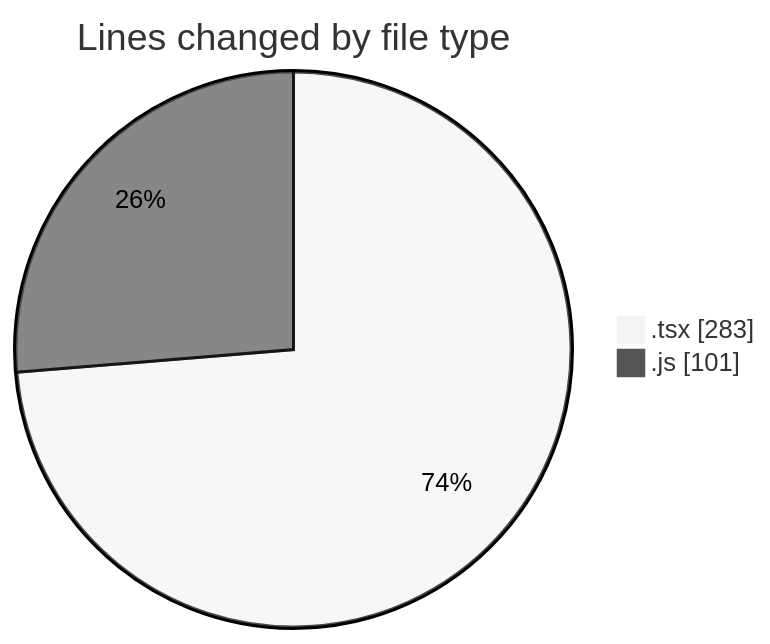
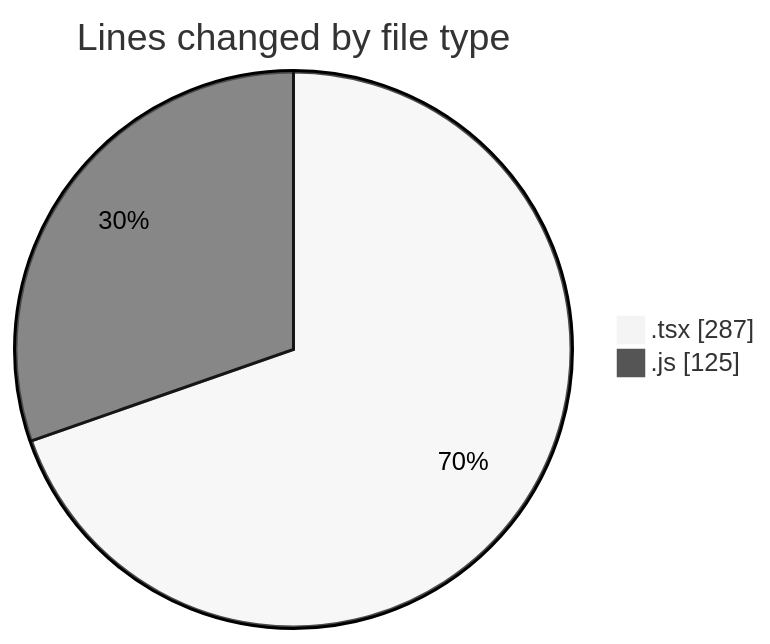
Before and after one commit to momahboobian/code-tracking: the first of 2 diagrams in 2026-01-22/cda-web-components/README.md, drawn with Mermaid (neutral theme). The commit also changed other lines of this file and 1 other file, not shown here.

````diff
--- a/2026-01-22/cda-web-components/README.md
+++ b/2026-01-22/cda-web-components/README.md
@@ -22,6 +22,6 @@
 ```mermaid
 pie showData
 title Lines changed by file type
-".tsx" : 283
-".js" : 101
+".tsx" : 287
+".js" : 125
 ```
````
